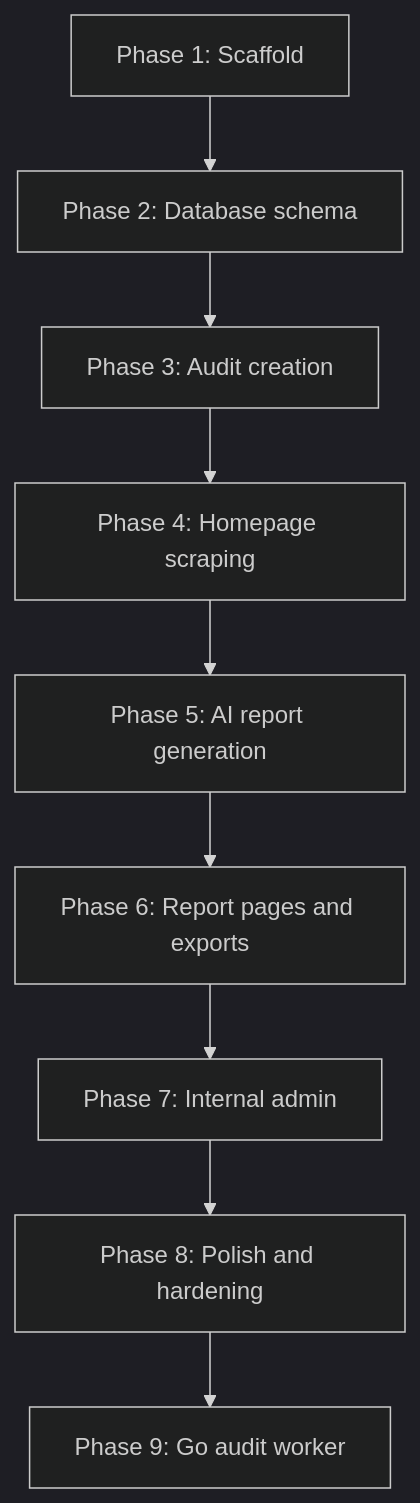
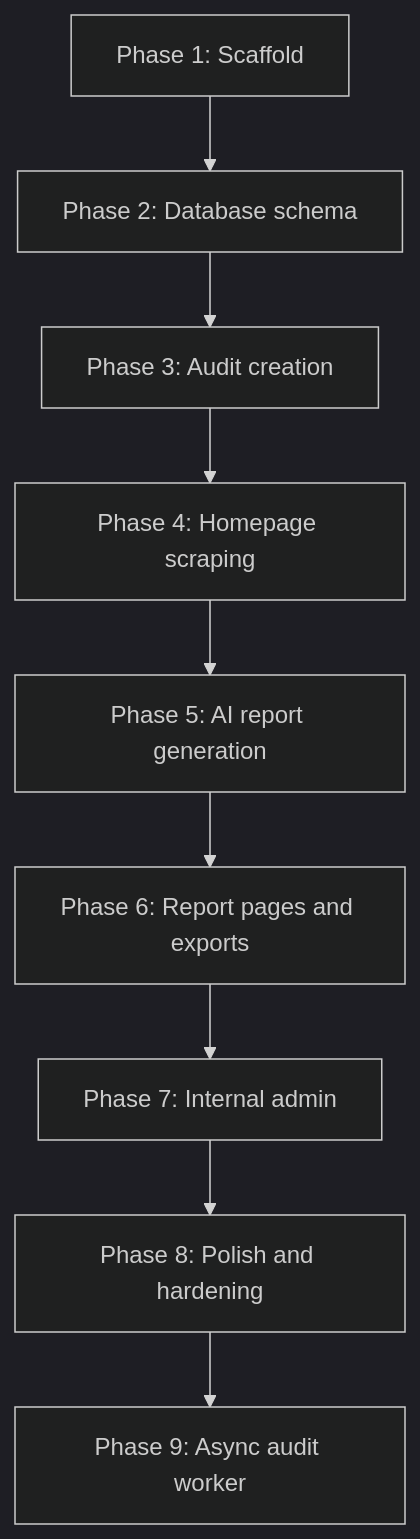
One commit to Luxion07/sitegap-ai changed the tenth of 12 diagrams in docs/ARCHITECTURE.md. Above: the diagram before and after it, drawn with Mermaid (dark theme). The commit also changed other lines of this file and 1 other file, not shown here.

First line of the commit message:
docs(architecture): record BullMQ worker decision for Phase 9

````diff
--- a/docs/ARCHITECTURE.md
+++ b/docs/ARCHITECTURE.md
@@ -343,14 +356,14 @@
 ```mermaid
 flowchart TD
   P1[Phase 1: Scaffold]
   P2[Phase 2: Database schema]
   P3[Phase 3: Audit creation]
   P4[Phase 4: Homepage scraping]
   P5[Phase 5: AI report generation]
   P6[Phase 6: Report pages and exports]
   P7[Phase 7: Internal admin]
   P8[Phase 8: Polish and hardening]
-  P9[Phase 9: Go audit worker]
+  P9[Phase 9: Async audit worker]
 
   P1 --> P2 --> P3 --> P4 --> P5 --> P6 --> P7 --> P8 --> P9
 ```
````
